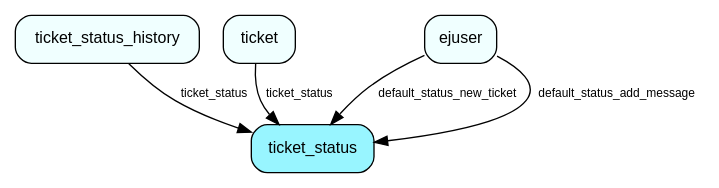
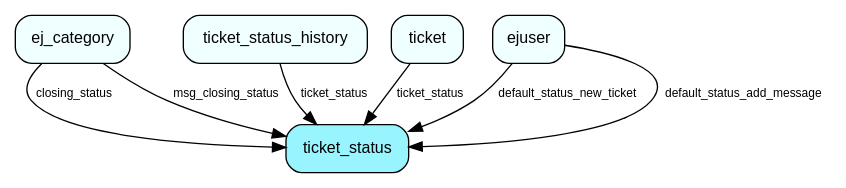
One commit to SuperOfficeDocs/superoffice-docs changed the diagram in docs/database/tables/media/ticket_status.dot. Above: the diagram before and after it, drawn with Graphviz. The commit also changed 688 other files, not shown here.

```diff
--- a/docs/database/tables/media/ticket_status.dot
+++ b/docs/database/tables/media/ticket_status.dot
@@ -1,13 +1,16 @@
 digraph ticket_status  {
 node [shape = box style="rounded, filled" fontname = "Helvetica" fontsize = "12" ]
 edge [fontname = "Helvetica" fontsize = "9"]
 
 ticket_status[fillcolor = "cadetblue1"]
+ej_category[fillcolor = "azure1"]
 ticket_status_history[fillcolor = "azure1"]
 ticket[fillcolor = "azure1"]
 ejuser[fillcolor = "azure1"]
+ej_category -> ticket_status [label = "closing_status"]
+ej_category -> ticket_status [label = "msg_closing_status"]
 ticket_status_history -> ticket_status [label = "ticket_status"]
 ticket -> ticket_status [label = "ticket_status"]
 ejuser -> ticket_status [label = "default_status_new_ticket"]
 ejuser -> ticket_status [label = "default_status_add_message"]
 }
```
